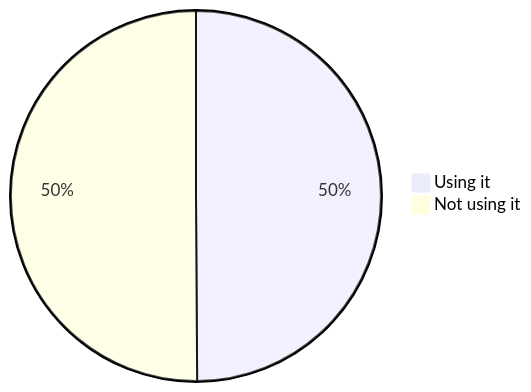
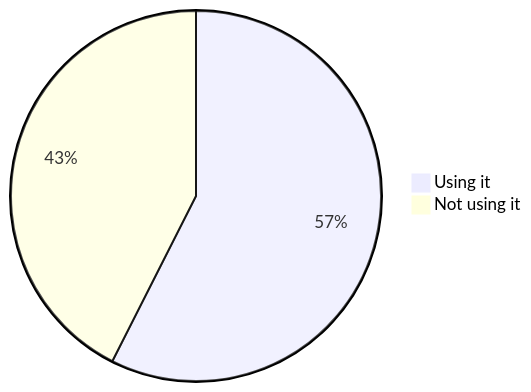
Before and after one commit to oshp/oshp-stats: the second of 22 diagrams in stats.md, drawn with Mermaid. The commit also changed other lines of this file, not shown here.

````diff
--- a/stats.md
+++ b/stats.md
@@ -22,6 +22,6 @@
 ```mermaid
 pie
-	"Using it" : 49.9
-	"Not using it" : 50.1
+	"Using it" : 57.46
+	"Not using it" : 42.54
 
 ```
````
